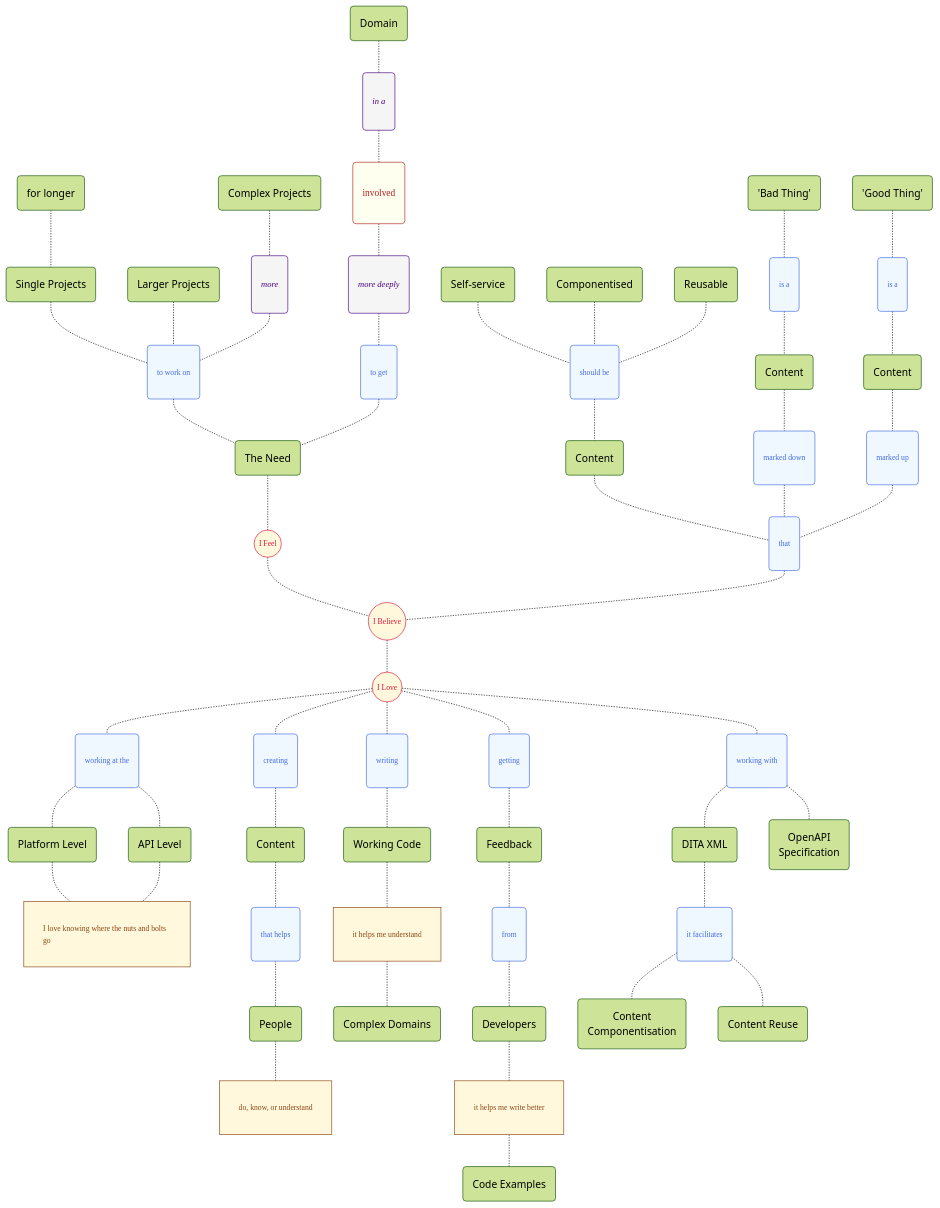
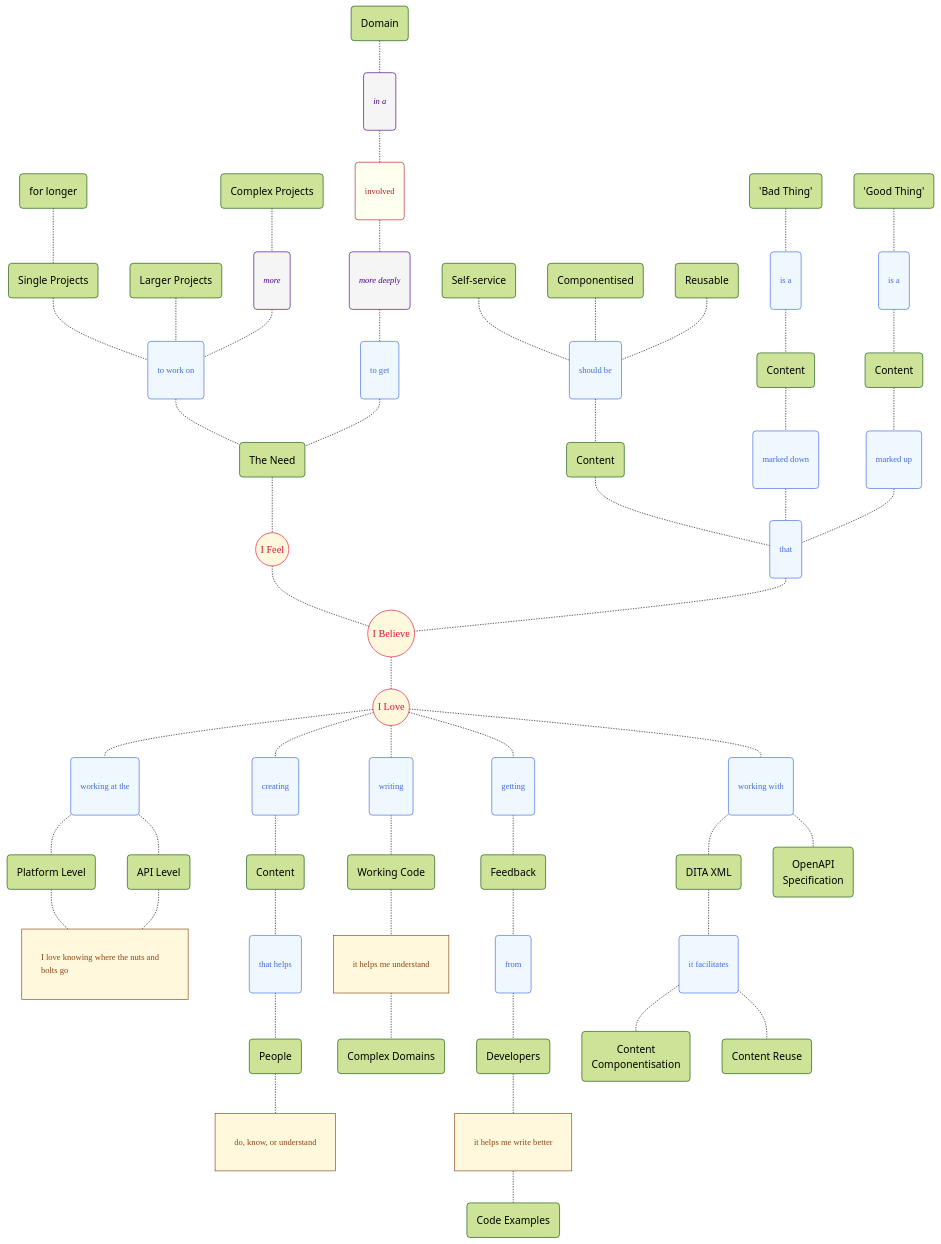
Before and after one commit to joe-dorward/samples: the diagram in my_mindmap_02.md, drawn with Mermaid.

````diff
--- a/my_mindmap_02.md
+++ b/my_mindmap_02.md
@@ -1,11 +1,11 @@
 ```mermaid
 %%{init: { "theme":"forest" } }%%
 flowchart TD
-  classDef Start fill:cornsilk, color:crimson, stroke:crimson, font-family:verdana, font-size:9pt;
-  classDef Verb fill:aliceblue, color:royalblue, stroke:royalblue, font-family:verdana, font-size:9pt, padding:0px 4px;
+  classDef Start fill:cornsilk, color:crimson, stroke:crimson, font-family:verdana, font-size:12pt, padding:6px;
+  classDef Verb fill:aliceblue, color:royalblue, stroke:royalblue, font-family:verdana, font-size:10pt, padding:0px 4px;
   classDef Adverb fill:whitesmoke, color:indigo, stroke:indigo, font-family:verdana, font-size:10pt, font-style:italic, padding:0px 4px;
-  classDef Adjective fill:ivory, color:firebrick, stroke:firebrick, font-family:verdana, font-size:11pt, padding:0px 4px;
-  classDef Note fill:cornsilk, stroke:saddlebrown, color:saddlebrown, font-family:verdana, font-size:9pt, text-align:left, padding:0px 4px;
+  classDef Adjective fill:ivory, color:firebrick, stroke:firebrick, font-family:verdana, font-size:10pt, padding:0px 4px;
+  classDef Note fill:cornsilk, stroke:saddlebrown, color:saddlebrown, font-family:verdana, font-size:10pt, text-align:left, padding:0px 4px;
 
   SINGLE_PROJECTS("Single Projects")
   LARGER_PROJECTS("Larger Projects")
````
